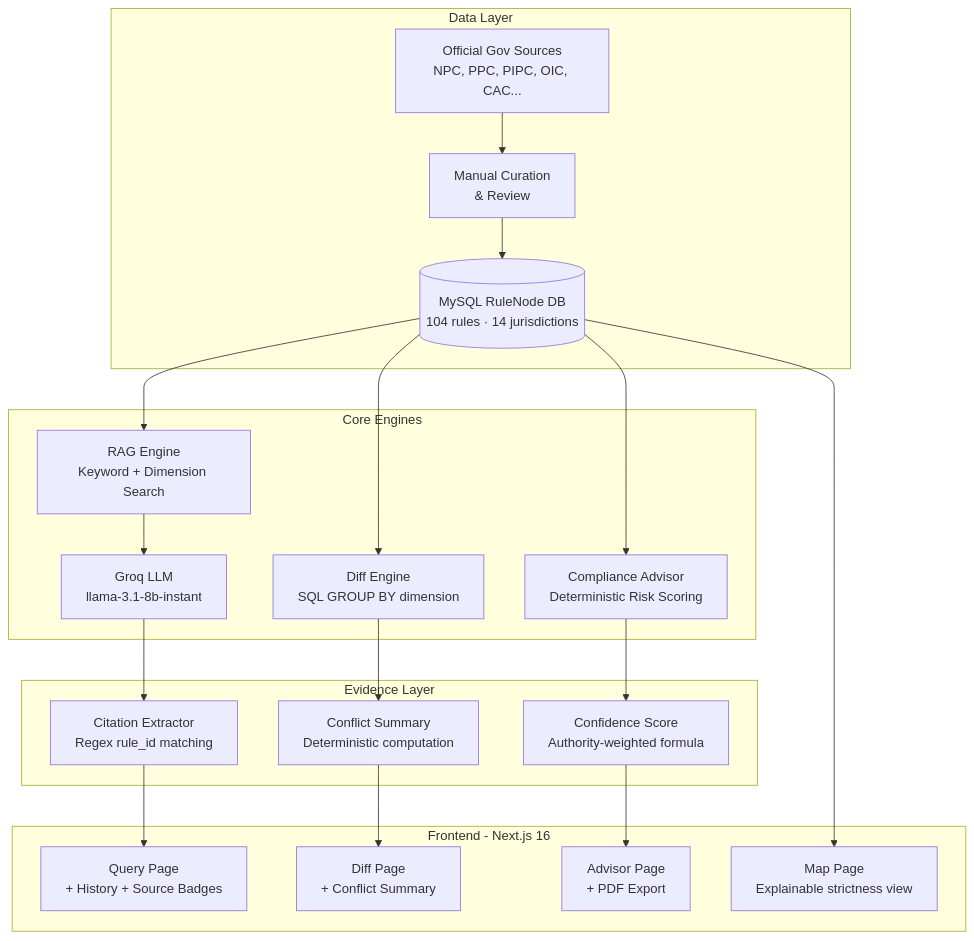
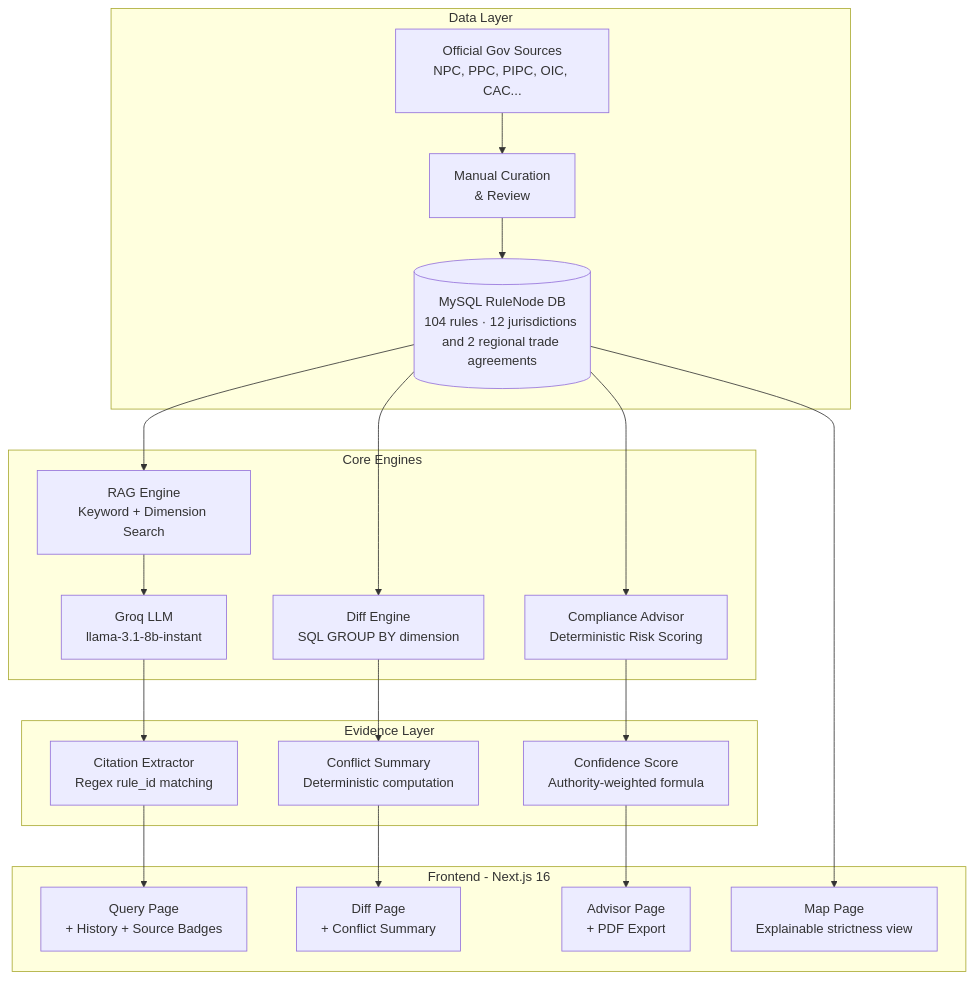
The diagram in README.md (tinystrack/regulink-asia), drawn with Mermaid before and after one commit. The commit also changed other lines of this file, not shown here.

````diff
--- a/README.md
+++ b/README.md
@@ -41,27 +41,27 @@
 ```mermaid
 graph TB
     subgraph "Data Layer"
         A[Official Gov Sources\nNPC, PPC, PIPC, OIC, CAC...] --> B[Manual Curation\n& Review]
-        B --> C[(MySQL RuleNode DB\n104 rules · 14 jurisdictions)]
+        B --> C[(MySQL RuleNode DB\n104 rules · 12 jurisdictions and 2 regional trade agreements)]
     end
 
     subgraph "Core Engines"
         C --> D[RAG Engine\nKeyword + Dimension Search]
         C --> E[Diff Engine\nSQL GROUP BY dimension]
         C --> F[Compliance Advisor\nDeterministic Risk Scoring]
         D --> G[Groq LLM\nllama-3.1-8b-instant]
     end
 
     subgraph "Evidence Layer"
         G --> H[Citation Extractor\nRegex rule_id matching]
         E --> I[Conflict Summary\nDeterministic computation]
         F --> J[Confidence Score\nAuthority-weighted formula]
     end
 
     subgraph "Frontend - Next.js 16"
         H --> K[Query Page\n+ History + Source Badges]
         I --> L[Diff Page\n+ Conflict Summary]
         J --> M[Advisor Page\n+ PDF Export]
         C --> N[Map Page\nExplainable strictness view]
     end
 ```
````
